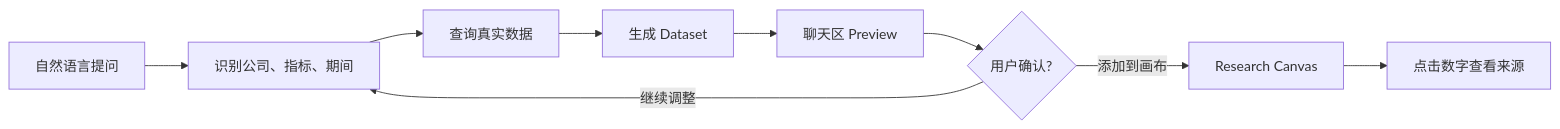
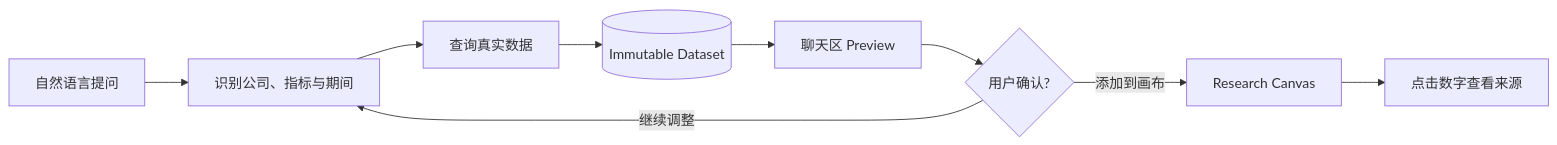
One commit to du24601-png/research-canvas changed the first of 3 diagrams in README.md. Above: the diagram before and after it, drawn with Mermaid. The commit also changed other lines of this file and 2 other files, not shown here.

````diff
--- a/README.md
+++ b/README.md
@@ -61,11 +62,11 @@
 ```mermaid
 flowchart LR
-  U[自然语言提问] --> I[识别公司、指标、期间]
+  U[自然语言提问] --> I[识别公司、指标与期间]
   I --> Q[查询真实数据]
-  Q --> D[生成 Dataset]
+  Q --> D[(Immutable Dataset)]
   D --> P[聊天区 Preview]
   P --> C{用户确认?}
   C -->|添加到画布| W[Research Canvas]
   C -->|继续调整| I
   W --> S[点击数字查看来源]
 ```
````
